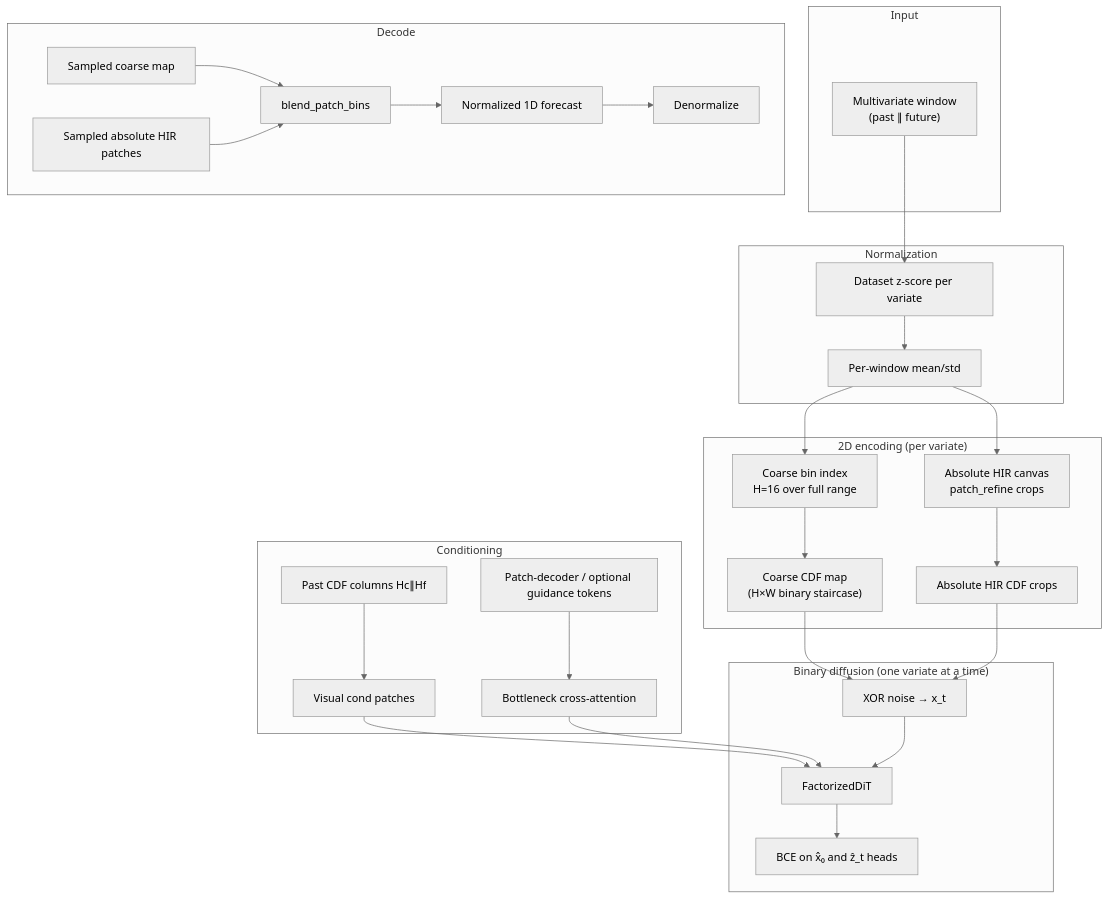
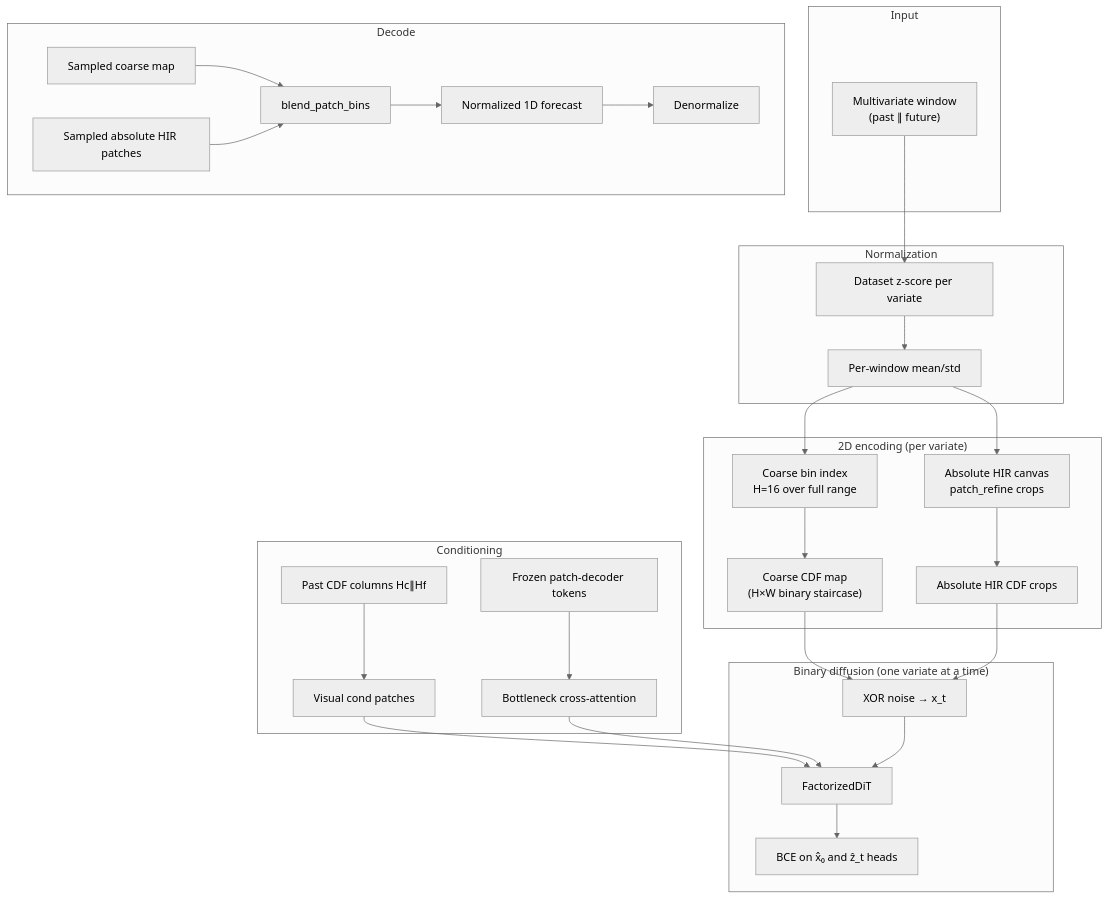
Before and after one commit to CalvinKCao/ts-sandbox: the second of 2 diagrams in architecture.md, drawn with Mermaid (neutral theme). The commit also changed other lines of this file and 27 other files, not shown here.

````diff
--- a/architecture.md
+++ b/architecture.md
@@ -61,40 +61,40 @@
 ```mermaid
 flowchart TB
     subgraph Input
         TS["Multivariate window<br/>(past ∥ future)"]
     end
 
     subgraph Norm["Normalization"]
         DS[Dataset z-score per variate]
         WN[Per-window mean/std]
         TS --> DS --> WN
     end
 
     subgraph Encode["2D encoding (per variate)"]
         WN --> CB[Coarse bin index<br/>H=16 over full range]
         WN --> FB[Absolute HIR canvas<br/>patch_refine crops]
         CB --> CM["Coarse CDF map<br/>(H×W binary staircase)"]
         FB --> FM["Absolute HIR CDF crops"]
     end
 
     subgraph Cond["Conditioning"]
         PM[Past CDF columns Hc∥Hf] --> COND[Visual cond patches]
-        GD[Patch-decoder / optional guidance tokens] --> XATTN[Bottleneck cross-attention]
+        GD[Frozen patch-decoder tokens] --> XATTN[Bottleneck cross-attention]
     end
 
     subgraph Diff["Binary diffusion (one variate at a time)"]
         CM --> XD["XOR noise → x_t"]
         FM --> XD
         COND --> DiT[FactorizedDiT]
         XATTN --> DiT
         XD --> DiT
         DiT --> OUT["BCE on x̂₀ and ẑ_t heads"]
     end
 
     subgraph Decode["Decode"]
         SC[Sampled coarse map] --> DD[blend_patch_bins]
         SF[Sampled absolute HIR patches] --> DD
         DD --> VAL[Normalized 1D forecast]
         VAL --> DN[Denormalize]
     end
 ```
````
